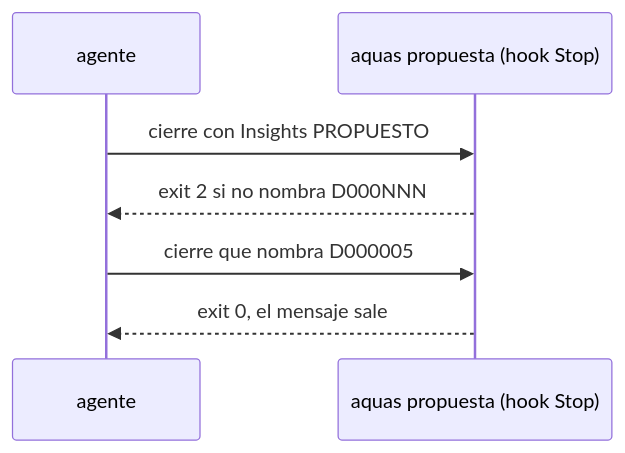
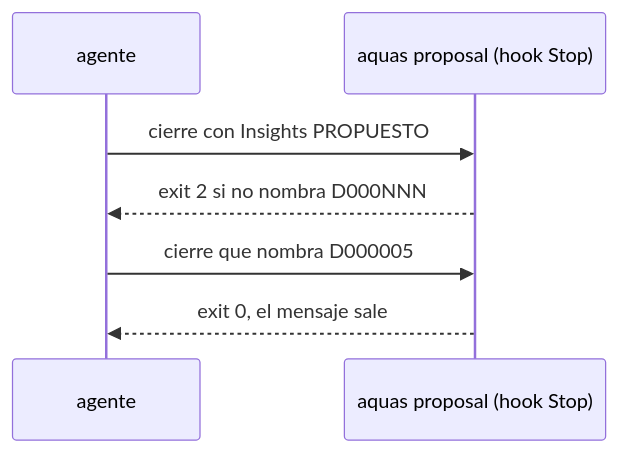
The diagram in docs/E001/F002/S016.md (jliberal-aquas/aquas-central-harness-government), drawn with Mermaid before and after one commit. The commit also changed other lines of this file and 184 other files, not shown here.

````diff
--- a/docs/E001/F002/S016.md
+++ b/docs/E001/F002/S016.md
@@ -37,9 +37,9 @@
 ```mermaid
 sequenceDiagram
     participant A as agente
-    participant H as aquas propuesta (hook Stop)
+    participant H as aquas proposal (hook Stop)
     A->>H: cierre con Insights PROPUESTO
     H-->>A: exit 2 si no nombra D000NNN
     A->>H: cierre que nombra D000005
     H-->>A: exit 0, el mensaje sale
 ```
````
